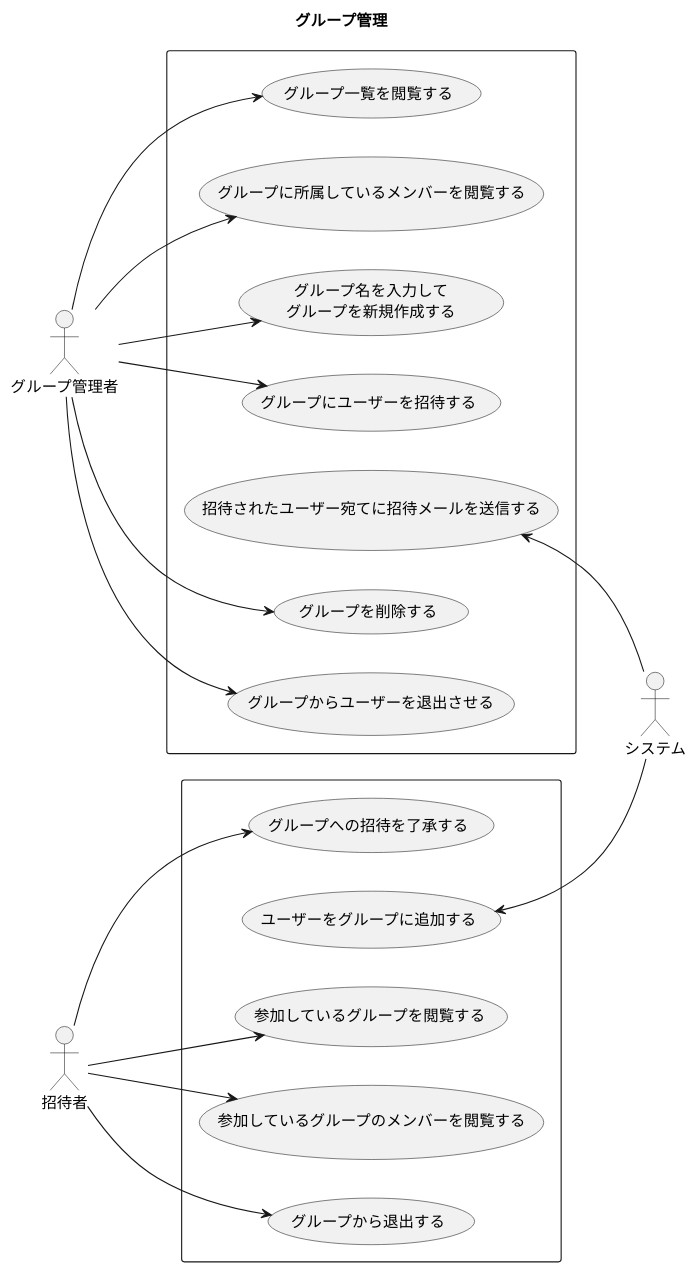
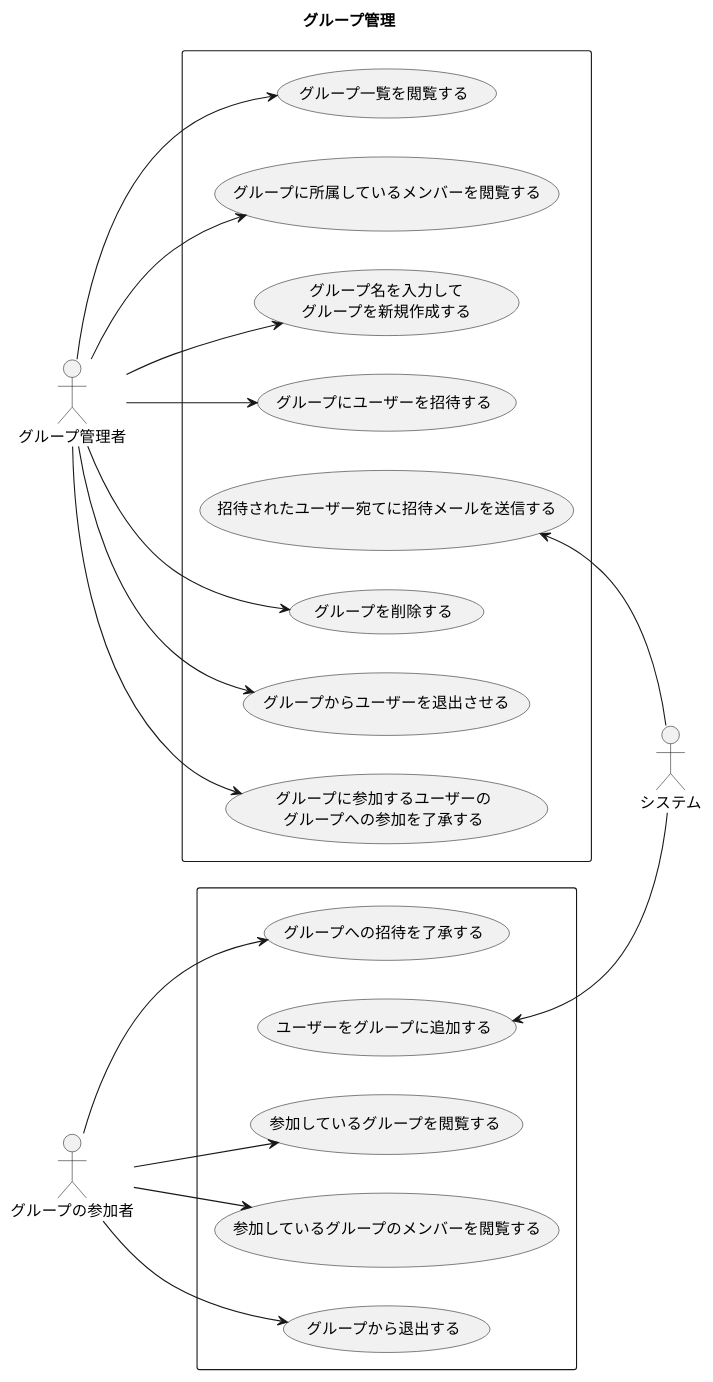
Before and after one commit to h-maki2/identityAccess: the diagram in modelingDiagram/umlDiagram/group.pu, drawn with PlantUML. The commit also changed 2 other files, not shown here.

Commit message:
ドメインモデル図を作成

```diff
--- a/modelingDiagram/umlDiagram/group.pu
+++ b/modelingDiagram/umlDiagram/group.pu
@@ -1,25 +1,26 @@
 @startuml
 title グループ管理
 left to right direction
 actor グループ管理者
 actor システム
-actor 招待者
+actor グループの参加者
 
 rectangle {
    グループ管理者 --> (グループ一覧を閲覧する)
    グループ管理者 --> (グループに所属しているメンバーを閲覧する)
    グループ管理者 --> (グループ名を入力して\nグループを新規作成する)
    グループ管理者 --> (グループにユーザーを招待する)
    (招待されたユーザー宛てに招待メールを送信する) <-- システム
    グループ管理者 --> (グループを削除する)
    グループ管理者 --> (グループからユーザーを退出させる)
+   グループ管理者 --> (グループに参加するユーザーの\nグループへの参加を了承する)
 }
 
 rectangle {
-    招待者 --> (グループへの招待を了承する)
+    グループの参加者 --> (グループへの招待を了承する)
     (ユーザーをグループに追加する) <-- システム
-    招待者 --> (参加しているグループを閲覧する)
-    招待者 --> (参加しているグループのメンバーを閲覧する)
-    招待者 --> (グループから退出する)
+    グループの参加者 --> (参加しているグループを閲覧する)
+    グループの参加者 --> (参加しているグループのメンバーを閲覧する)
+    グループの参加者 --> (グループから退出する)
 }
 @enduml
```
